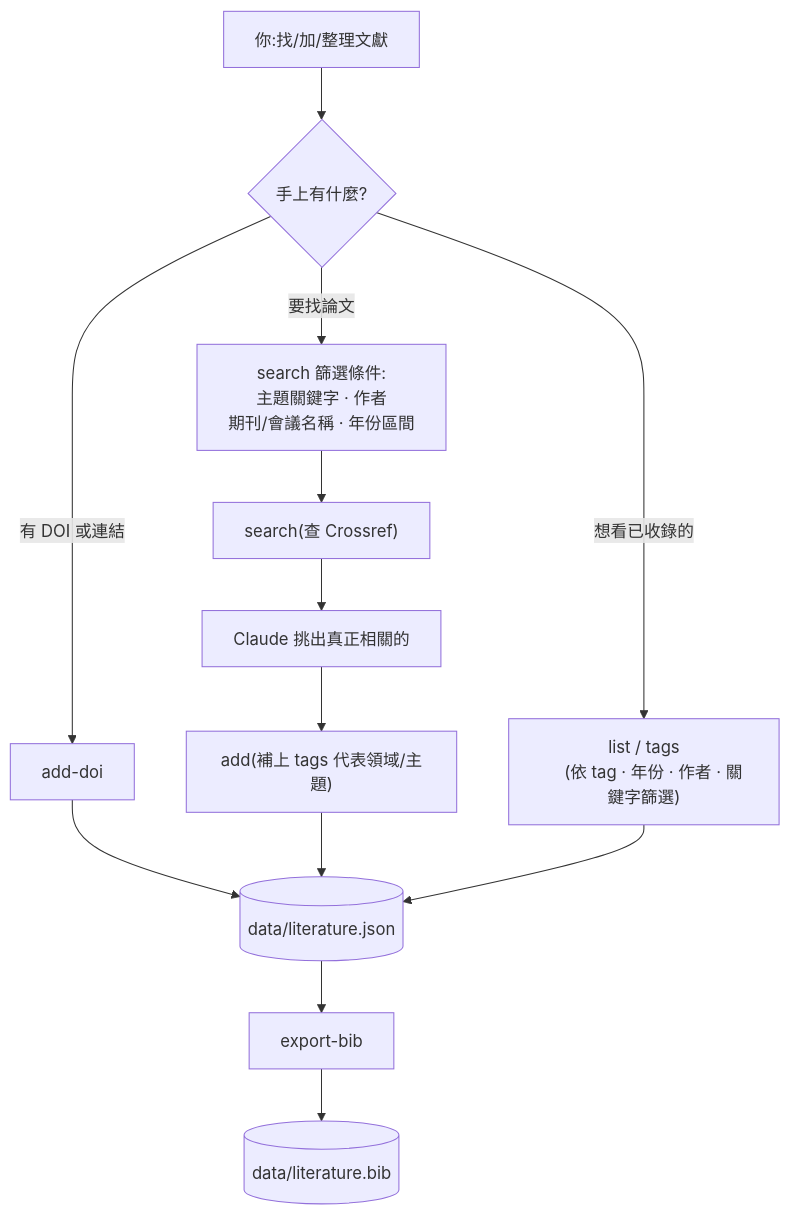
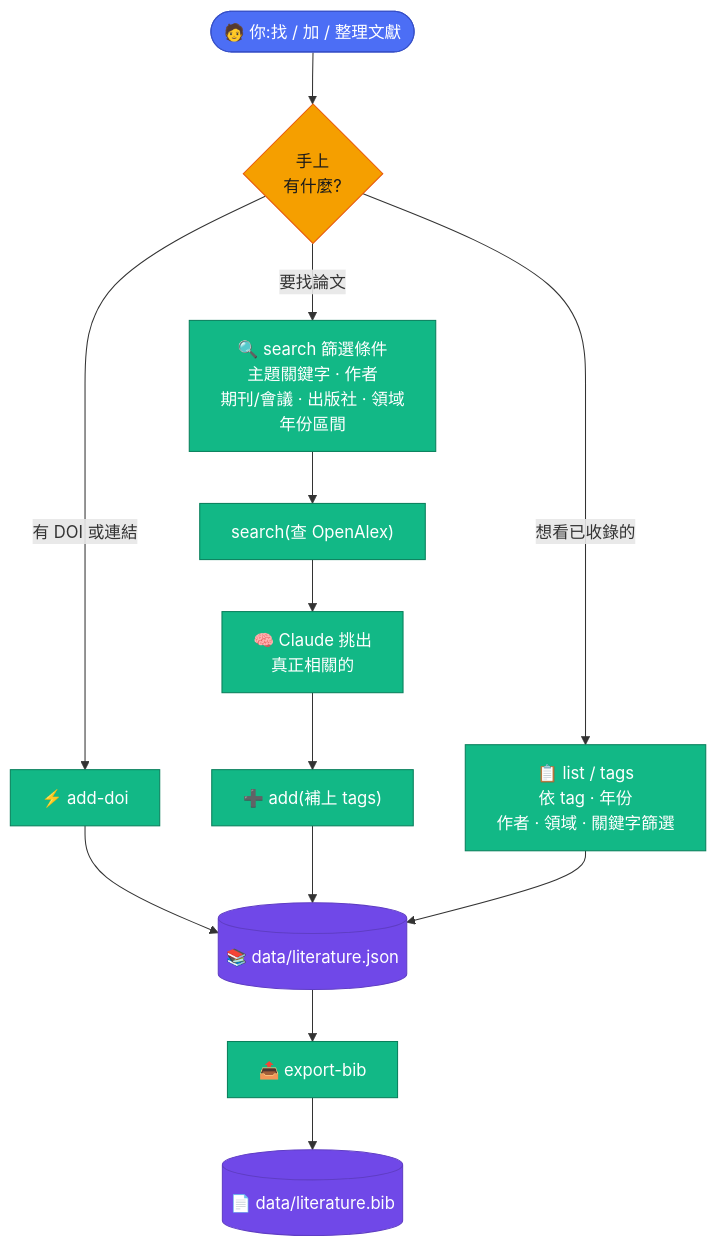
The diagram in README.zh-TW.md (jacklin92/literature-skill), drawn with Mermaid before and after one commit. The commit also changed other lines of this file and 3 other files, not shown here.

First line of the commit message:
Switch search backend to OpenAlex, add publisher/field filters, polish diagrams

````diff
--- a/README.zh-TW.md
+++ b/README.zh-TW.md
@@ -19,18 +19,36 @@
 ```mermaid
 flowchart TD
-    U["你:找/加/整理文獻"] --> Q{手上有什麼?}
-    Q -->|有 DOI 或連結| AD["add-doi"]
-    Q -->|要找論文| SP["search 篩選條件:
+    U(["🧑 你:找 / 加 / 整理文獻"]) --> Q{手上
+    有什麼?}
+
+    Q -->|有 DOI 或連結| AD["⚡ add-doi"]
+    Q -->|要找論文| SP["🔍 search 篩選條件
     主題關鍵字 · 作者
-    期刊/會議名稱 · 年份區間"]
-    SP --> S["search(查 Crossref)"]
-    S --> R["Claude 挑出真正相關的"]
-    R --> AD2["add(補上 tags 代表領域/主題)"]
-    AD --> J[("data/literature.json")]
+    期刊/會議 · 出版社 · 領域
+    年份區間"]
+    Q -->|想看已收錄的| L["📋 list / tags
+    依 tag · 年份
+    作者 · 領域 · 關鍵字篩選"]
+
+    SP --> S["search(查 OpenAlex)"]
+    S --> R["🧠 Claude 挑出
+    真正相關的"]
+    R --> AD2["➕ add(補上 tags)"]
+
+    AD --> J[("📚 data/literature.json")]
     AD2 --> J
-    Q -->|想看已收錄的| L["list / tags
-    (依 tag · 年份 · 作者 · 關鍵字篩選)"]
     L --> J
-    J --> B["export-bib"]
-    B --> F[("data/literature.bib")]
+
+    J --> B["📤 export-bib"]
+    B --> F[("📄 data/literature.bib")]
+
+    classDef input fill:#4c6ef5,stroke:#364fc7,color:#fff
+    classDef action fill:#12b886,stroke:#087f5b,color:#fff
+    classDef decision fill:#f59f00,stroke:#e8590c,color:#1a1a1a
+    classDef store fill:#7048e8,stroke:#5f3dc4,color:#fff
+
+    class U input
+    class Q decision
+    class AD,SP,S,R,AD2,L,B action
+    class J,F store
 ```
````
